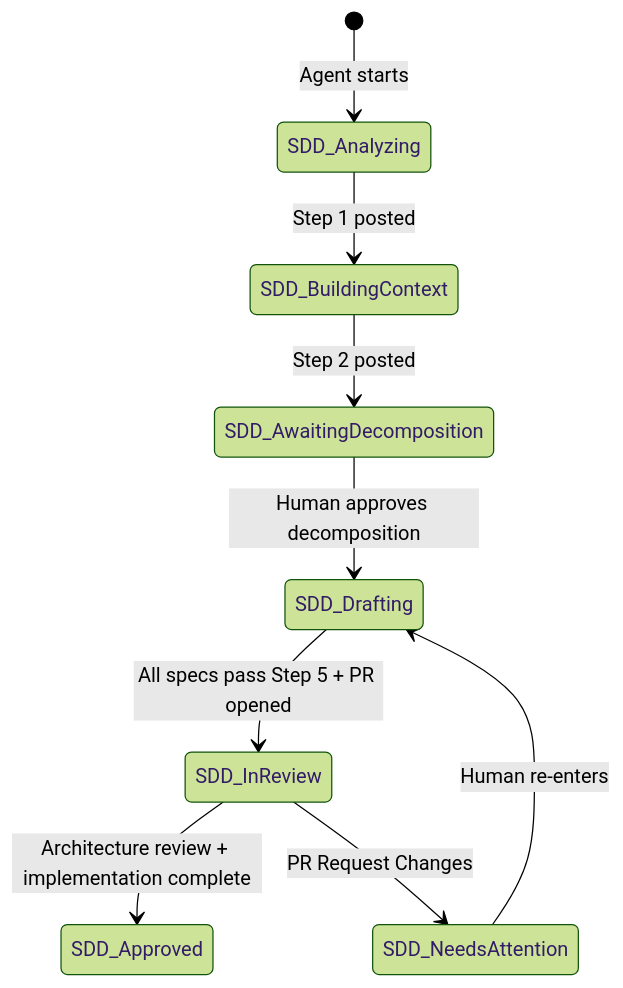
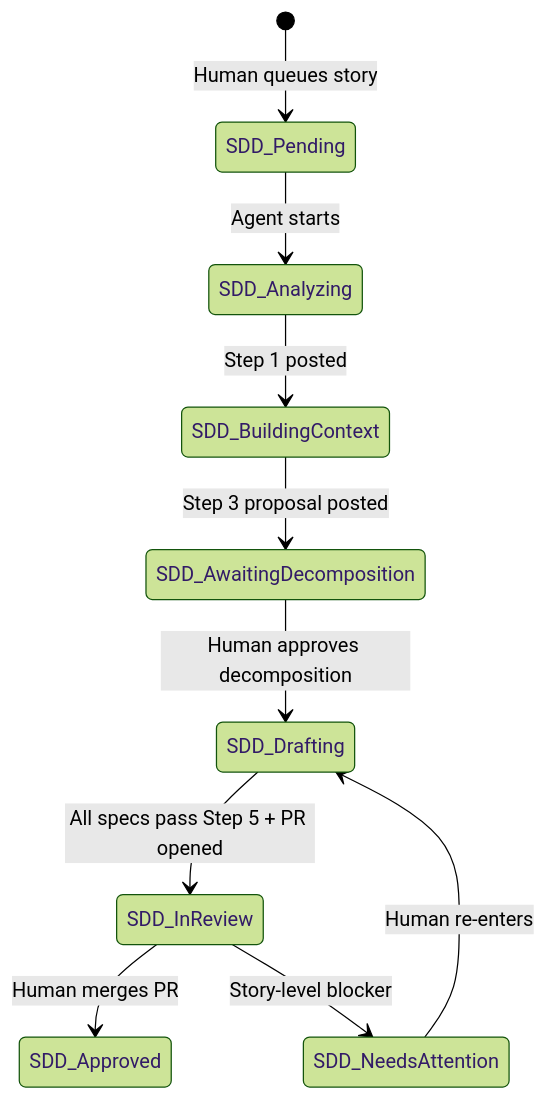
The diagram in README.md (milkful2026/specs), drawn with Mermaid (forest theme) before and after one commit. The commit also changed other lines of this file and 1 other file, not shown here.

First line of the commit message:
Restructure specs README with full SDD lifecycle and area context

````diff
--- a/README.md
+++ b/README.md
@@ -19,11 +102,12 @@
 ```mermaid
 stateDiagram-v2
-    [*] --> SDD_Analyzing: Agent starts
+    [*] --> SDD_Pending: Human queues story
+    SDD_Pending --> SDD_Analyzing: Agent starts
     SDD_Analyzing --> SDD_BuildingContext: Step 1 posted
-    SDD_BuildingContext --> SDD_AwaitingDecomposition: Step 2 posted
+    SDD_BuildingContext --> SDD_AwaitingDecomposition: Step 3 proposal posted
     SDD_AwaitingDecomposition --> SDD_Drafting: Human approves decomposition
     SDD_Drafting --> SDD_InReview: All specs pass Step 5 + PR opened
-    SDD_InReview --> SDD_Approved: Architecture review + implementation complete
-    SDD_InReview --> SDD_NeedsAttention: PR Request Changes
+    SDD_InReview --> SDD_Approved: Human merges PR
+    SDD_InReview --> SDD_NeedsAttention: Story-level blocker
     SDD_NeedsAttention --> SDD_Drafting: Human re-enters
 ```
````
